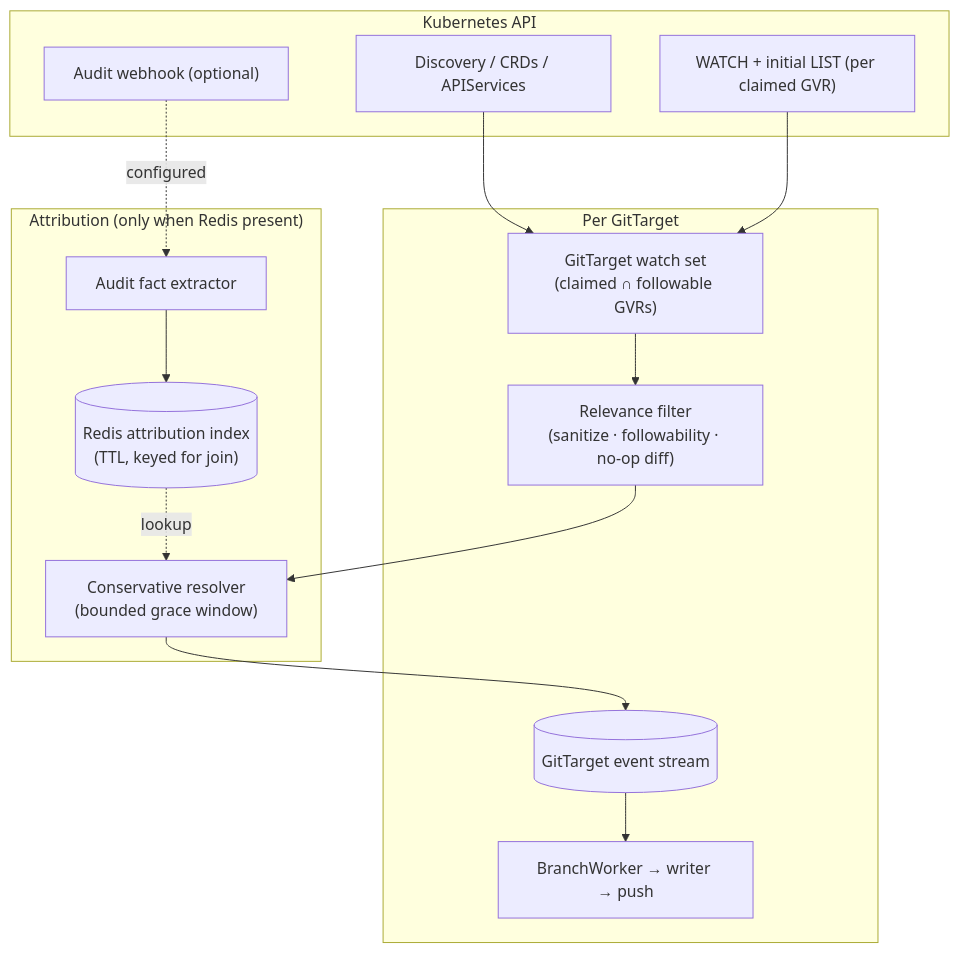
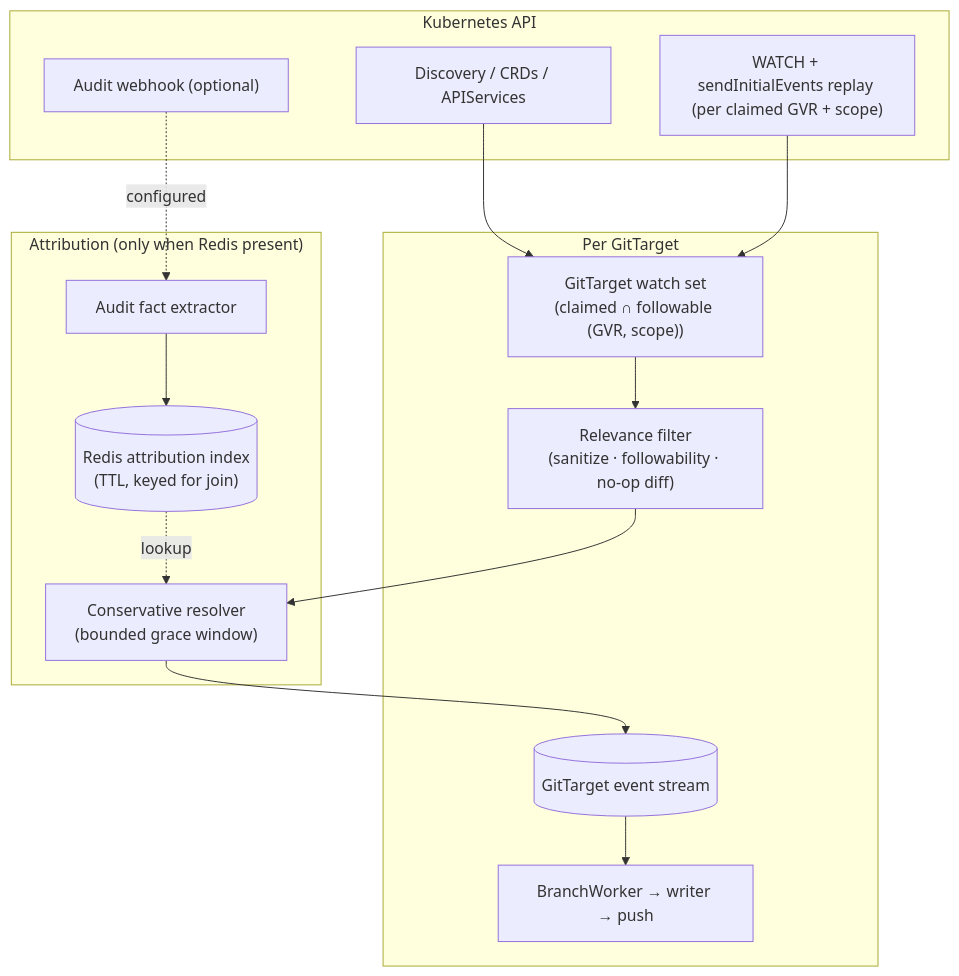
Before and after one commit to ConfigButler/gitops-reverser: the diagram in docs/design/watch-first-ingestion-architecture.md, drawn with Mermaid. The commit also changed other lines of this file and 4 other files, not shown here.

````diff
--- a/docs/design/watch-first-ingestion-architecture.md
+++ b/docs/design/watch-first-ingestion-architecture.md
@@ -83,32 +89,32 @@
 ```mermaid
 flowchart TD
     subgraph K8S["Kubernetes API"]
         DISC["Discovery / CRDs / APIServices"]
-        WATCH["WATCH + initial LIST (per claimed GVR)"]
+        WATCH["WATCH + sendInitialEvents replay (per claimed GVR + scope)"]
         AUDIT["Audit webhook (optional)"]
     end
 
     subgraph PERGT["Per GitTarget"]
-        OWN["GitTarget watch set\n(claimed ∩ followable GVRs)"]
+        OWN["GitTarget watch set\n(claimed ∩ followable (GVR, scope))"]
         RELEVANCE["Relevance filter\n(sanitize · followability · no-op diff)"]
         ESTREAM[("GitTarget event stream")]
         WORKER["BranchWorker → writer → push"]
     end
 
     subgraph ATTR["Attribution (only when Redis present)"]
         AFACTS["Audit fact extractor"]
         AINDEX[("Redis attribution index\n(TTL, keyed for join)")]
         RESOLVE["Conservative resolver\n(bounded grace window)"]
     end
 
     DISC --> OWN
     WATCH --> OWN
     OWN --> RELEVANCE
     RELEVANCE --> RESOLVE
     RESOLVE --> ESTREAM
     ESTREAM --> WORKER
 
     AUDIT -. configured .-> AFACTS
     AFACTS --> AINDEX
     AINDEX -. lookup .-> RESOLVE
 ```
````
